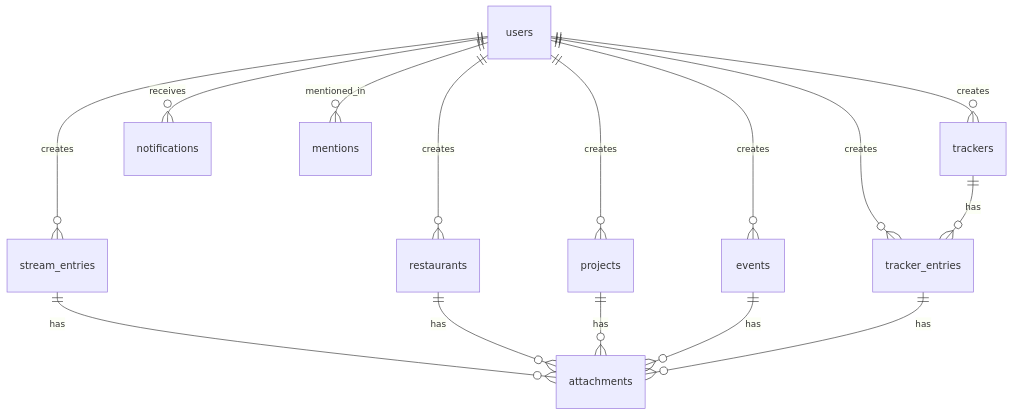
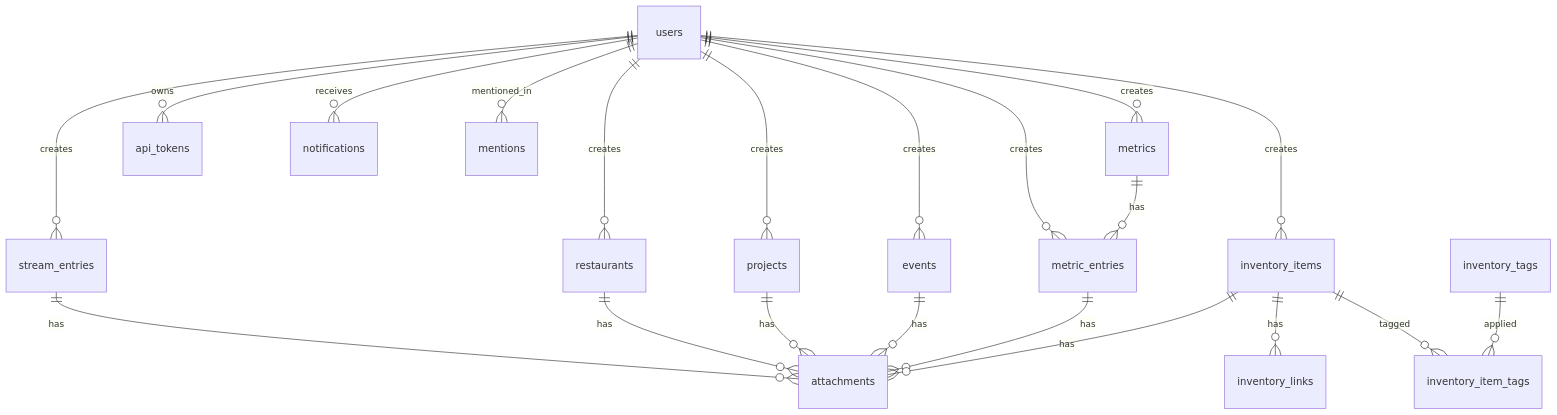
The diagram in docs/design/03_schema.md (csubj/hearth), drawn with Mermaid before and after one commit. The commit also changed other lines of this file and 142 other files, not shown here.

First line of the commit message:
API + Inventory  (#2)

````diff
--- a/docs/design/03_schema.md
+++ b/docs/design/03_schema.md
@@ -250,17 +319,23 @@
 ```mermaid
 erDiagram
   users ||--o{ stream_entries : creates
   users ||--o{ restaurants : creates
   users ||--o{ projects : creates
-  users ||--o{ trackers : creates
-  users ||--o{ tracker_entries : creates
+  users ||--o{ metrics : creates
+  users ||--o{ metric_entries : creates
   users ||--o{ events : creates
+  users ||--o{ inventory_items : creates
+  users ||--o{ api_tokens : owns
   users ||--o{ notifications : receives
   users ||--o{ mentions : mentioned_in
-  trackers ||--o{ tracker_entries : has
+  metrics ||--o{ metric_entries : has
+  inventory_items ||--o{ inventory_links : has
+  inventory_items ||--o{ inventory_item_tags : tagged
+  inventory_tags ||--o{ inventory_item_tags : applied
   stream_entries ||--o{ attachments : has
   restaurants ||--o{ attachments : has
   projects ||--o{ attachments : has
   events ||--o{ attachments : has
-  tracker_entries ||--o{ attachments : has
+  metric_entries ||--o{ attachments : has
+  inventory_items ||--o{ attachments : has
 ```
````
